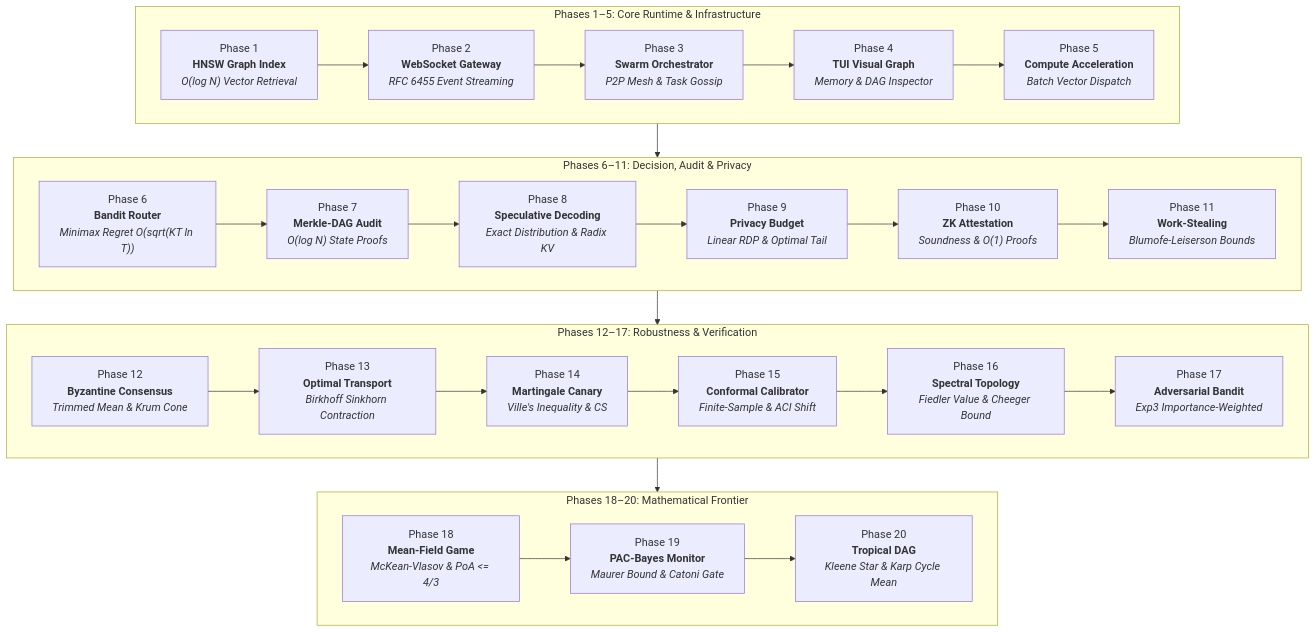
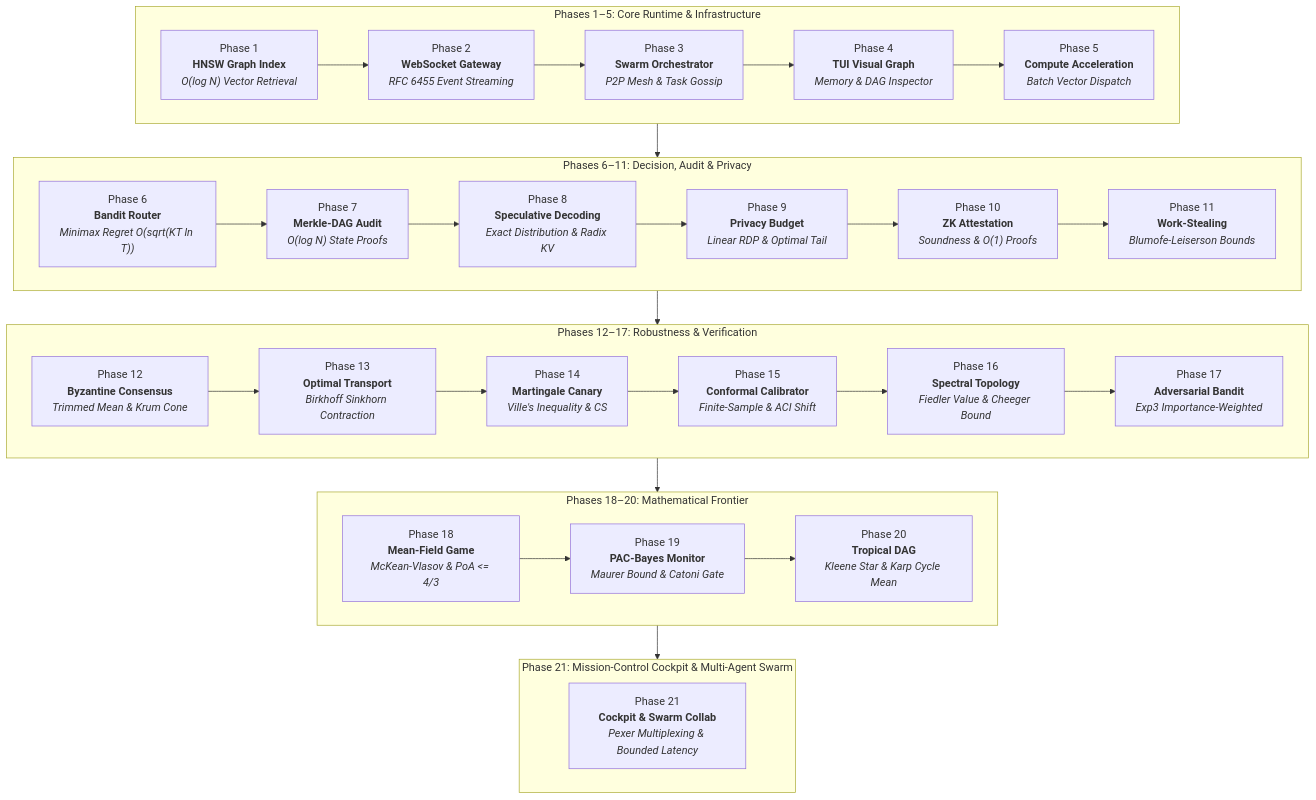
One commit to anisayakmitra-in/AGENT-PANDORA changed the diagram in docs/math/phased_roadmap_mathematics.md. Above: the diagram before and after it, drawn with Mermaid. The commit also changed other lines of this file and 40 other files, not shown here.

Commit message:
release(v3.0.8): 9/12-Panel Mission-Control Cockpit & Parallel Multi-Agent Collaboration

````diff
--- a/docs/math/phased_roadmap_mathematics.md
+++ b/docs/math/phased_roadmap_mathematics.md
@@ -13,40 +13,44 @@
 ```mermaid
 flowchart TD
     subgraph Foundation["Phases 1–5: Core Runtime & Infrastructure"]
         P1["Phase 1<br/><b>HNSW Graph Index</b><br/><i>O(log N) Vector Retrieval</i>"]
         P2["Phase 2<br/><b>WebSocket Gateway</b><br/><i>RFC 6455 Event Streaming</i>"]
         P3["Phase 3<br/><b>Swarm Orchestrator</b><br/><i>P2P Mesh & Task Gossip</i>"]
         P4["Phase 4<br/><b>TUI Visual Graph</b><br/><i>Memory & DAG Inspector</i>"]
         P5["Phase 5<br/><b>Compute Acceleration</b><br/><i>Batch Vector Dispatch</i>"]
         P1 --> P2 --> P3 --> P4 --> P5
     end
 
     subgraph Intelligence["Phases 6–11: Decision, Audit & Privacy"]
         P6["Phase 6<br/><b>Bandit Router</b><br/><i>Minimax Regret O(sqrt(KT ln T))</i>"]
         P7["Phase 7<br/><b>Merkle-DAG Audit</b><br/><i>O(log N) State Proofs</i>"]
         P8["Phase 8<br/><b>Speculative Decoding</b><br/><i>Exact Distribution & Radix KV</i>"]
         P9["Phase 9<br/><b>Privacy Budget</b><br/><i>Linear RDP & Optimal Tail</i>"]
         P10["Phase 10<br/><b>ZK Attestation</b><br/><i>Soundness & O(1) Proofs</i>"]
         P11["Phase 11<br/><b>Work-Stealing</b><br/><i>Blumofe-Leiserson Bounds</i>"]
         P6 --> P7 --> P8 --> P9 --> P10 --> P11
     end
 
     subgraph Assurance["Phases 12–17: Robustness & Verification"]
         P12["Phase 12<br/><b>Byzantine Consensus</b><br/><i>Trimmed Mean & Krum Cone</i>"]
         P13["Phase 13<br/><b>Optimal Transport</b><br/><i>Birkhoff Sinkhorn Contraction</i>"]
         P14["Phase 14<br/><b>Martingale Canary</b><br/><i>Ville's Inequality & CS</i>"]
         P15["Phase 15<br/><b>Conformal Calibrator</b><br/><i>Finite-Sample & ACI Shift</i>"]
         P16["Phase 16<br/><b>Spectral Topology</b><br/><i>Fiedler Value & Cheeger Bound</i>"]
         P17["Phase 17<br/><b>Adversarial Bandit</b><br/><i>Exp3 Importance-Weighted</i>"]
         P12 --> P13 --> P14 --> P15 --> P16 --> P17
     end
 
     subgraph Frontier["Phases 18–20: Mathematical Frontier"]
         P18["Phase 18<br/><b>Mean-Field Game</b><br/><i>McKean-Vlasov & PoA <= 4/3</i>"]
         P19["Phase 19<br/><b>PAC-Bayes Monitor</b><br/><i>Maurer Bound & Catoni Gate</i>"]
         P20["Phase 20<br/><b>Tropical DAG</b><br/><i>Kleene Star & Karp Cycle Mean</i>"]
         P18 --> P19 --> P20
     end
 
-    Foundation --> Intelligence --> Assurance --> Frontier
+    subgraph CockpitSwarm["Phase 21: Mission-Control Cockpit & Multi-Agent Swarm"]
+        P21["Phase 21<br/><b>Cockpit & Swarm Collab</b><br/><i>Pexer Multiplexing & Bounded Latency</i>"]
+    end
+
+    Foundation --> Intelligence --> Assurance --> Frontier --> CockpitSwarm
 ```
````
